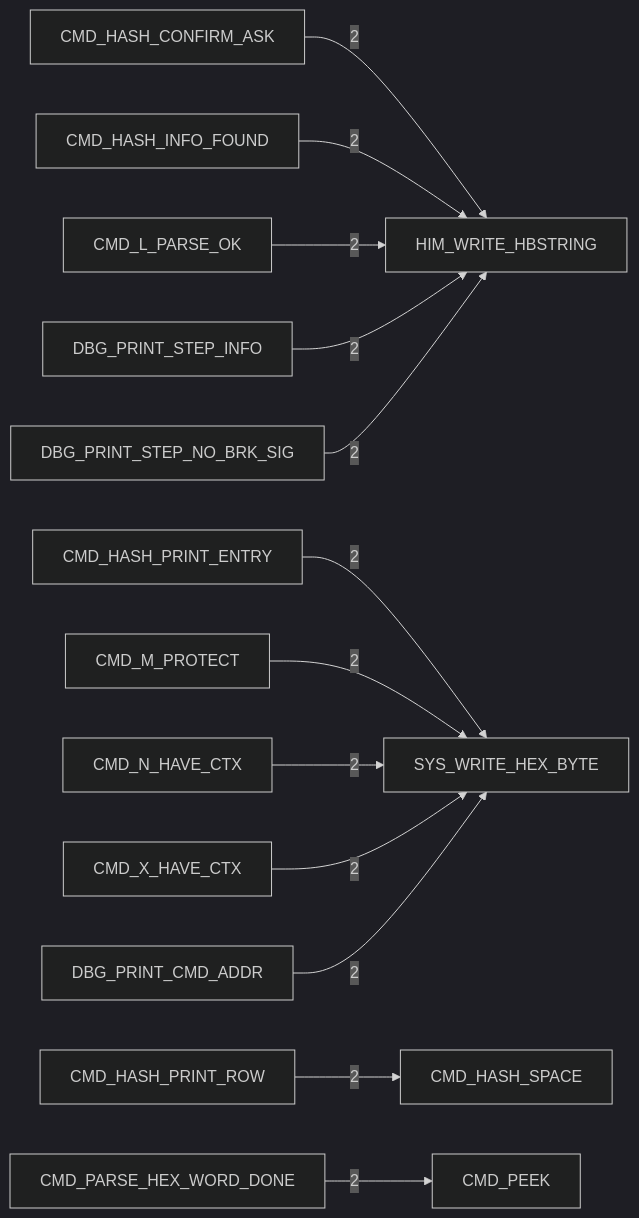
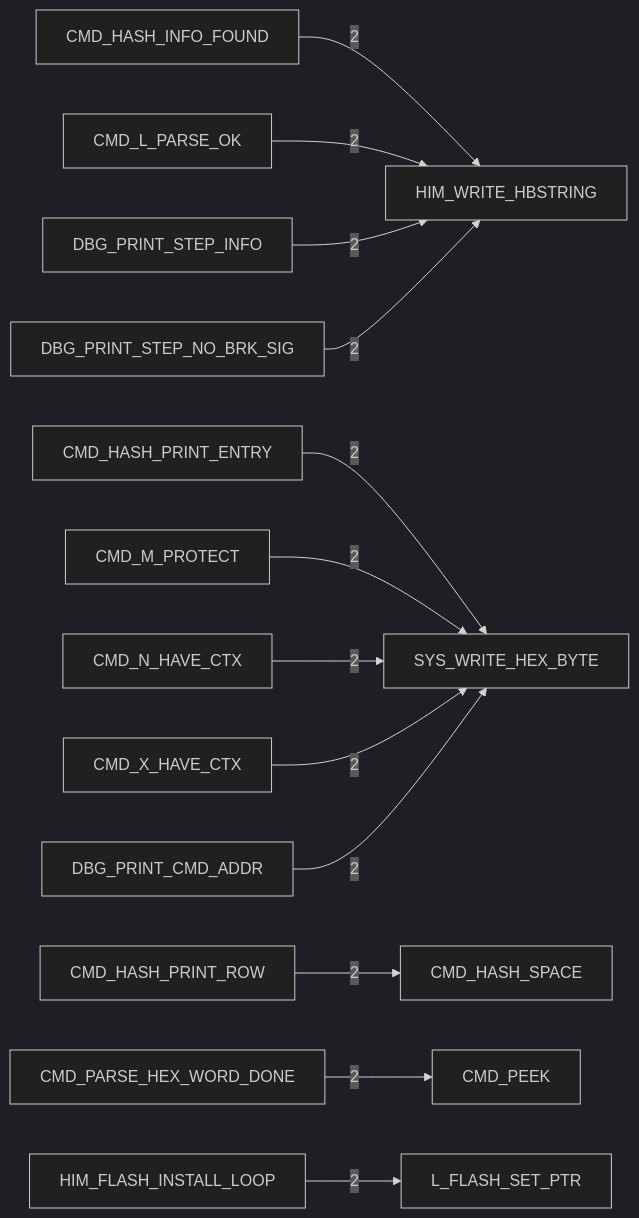
The fourth of 6 diagrams in DOC/GENERATED/HIMON_ROUTINE_TREE.md (95westus/R-YORS), drawn with Mermaid (dark theme) before and after one commit. The commit also changed other lines of this file and 45 other files, not shown here.

````diff
--- a/DOC/GENERATED/HIMON_ROUTINE_TREE.md
+++ b/DOC/GENERATED/HIMON_ROUTINE_TREE.md
@@ -62,15 +62,15 @@
 ```mermaid
 flowchart LR
-    N_CMD_HASH_CONFIRM_ASK[CMD_HASH_CONFIRM_ASK] -->|2| N_HIM_WRITE_HBSTRING[HIM_WRITE_HBSTRING]
     N_CMD_HASH_INFO_FOUND[CMD_HASH_INFO_FOUND] -->|2| N_HIM_WRITE_HBSTRING[HIM_WRITE_HBSTRING]
     N_CMD_HASH_PRINT_ENTRY[CMD_HASH_PRINT_ENTRY] -->|2| N_SYS_WRITE_HEX_BYTE[SYS_WRITE_HEX_BYTE]
     N_CMD_HASH_PRINT_ROW[CMD_HASH_PRINT_ROW] -->|2| N_CMD_HASH_SPACE[CMD_HASH_SPACE]
     N_CMD_L_PARSE_OK[CMD_L_PARSE_OK] -->|2| N_HIM_WRITE_HBSTRING[HIM_WRITE_HBSTRING]
     N_CMD_M_PROTECT[CMD_M_PROTECT] -->|2| N_SYS_WRITE_HEX_BYTE[SYS_WRITE_HEX_BYTE]
     N_CMD_N_HAVE_CTX[CMD_N_HAVE_CTX] -->|2| N_SYS_WRITE_HEX_BYTE[SYS_WRITE_HEX_BYTE]
     N_CMD_PARSE_HEX_WORD_DONE[CMD_PARSE_HEX_WORD_DONE] -->|2| N_CMD_PEEK[CMD_PEEK]
     N_CMD_X_HAVE_CTX[CMD_X_HAVE_CTX] -->|2| N_SYS_WRITE_HEX_BYTE[SYS_WRITE_HEX_BYTE]
     N_DBG_PRINT_CMD_ADDR[DBG_PRINT_CMD_ADDR] -->|2| N_SYS_WRITE_HEX_BYTE[SYS_WRITE_HEX_BYTE]
     N_DBG_PRINT_STEP_INFO[DBG_PRINT_STEP_INFO] -->|2| N_HIM_WRITE_HBSTRING[HIM_WRITE_HBSTRING]
     N_DBG_PRINT_STEP_NO_BRK_SIG[DBG_PRINT_STEP_NO_BRK_SIG] -->|2| N_HIM_WRITE_HBSTRING[HIM_WRITE_HBSTRING]
+    N_HIM_FLASH_INSTALL_LOOP[HIM_FLASH_INSTALL_LOOP] -->|2| N_L_FLASH_SET_PTR[L_FLASH_SET_PTR]
 ```
````
